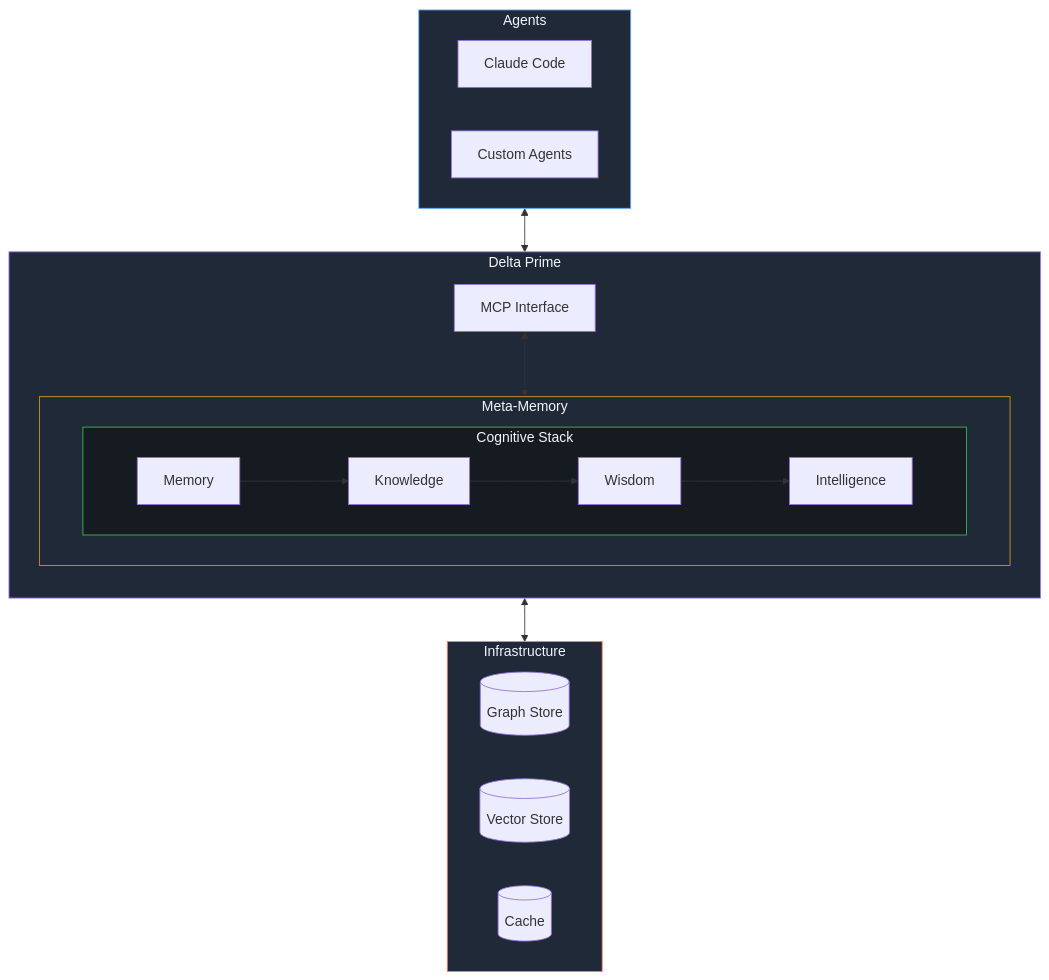
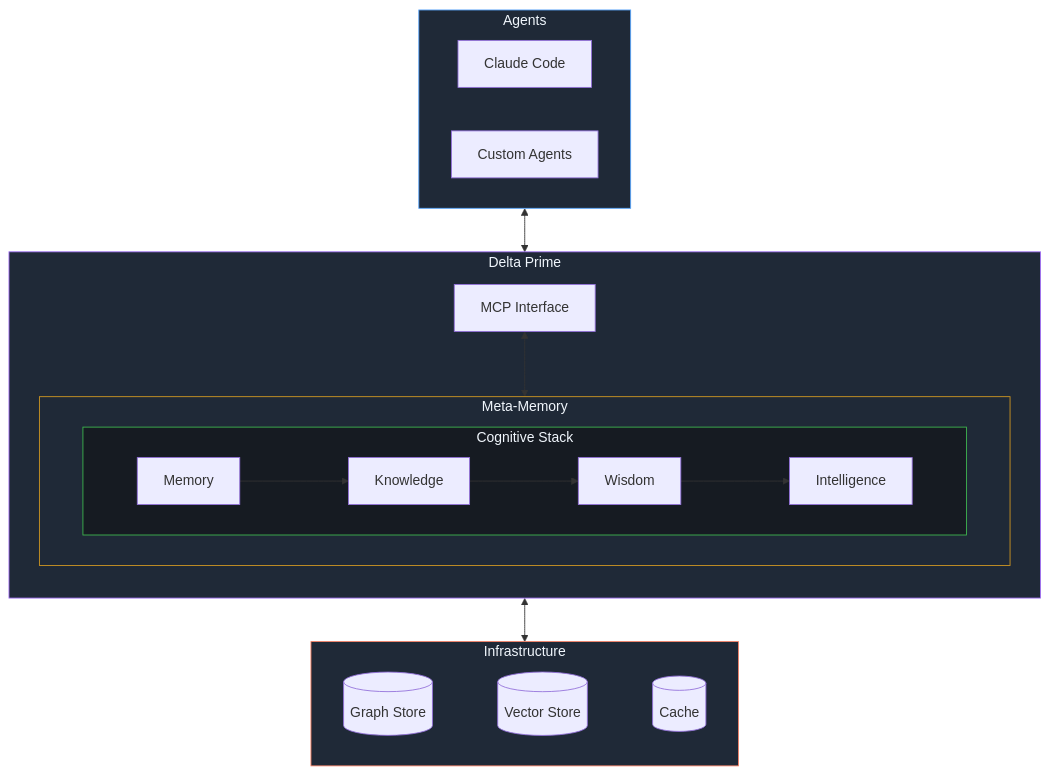
One commit to delta-prime/.github changed the sixth of 6 diagrams in profile/README.md. Above: the diagram before and after it, drawn with Mermaid.

Commit message:
docs: lay out Infrastructure subgraph horizontally
Adds invisible edges between Graph/Vector/Cache so Mermaid actually
honors direction LR (without edges it falls back to vertical stacking),
and pads the subgraph title to match the others.

````diff
--- a/profile/README.md
+++ b/profile/README.md
@@ -153,45 +153,43 @@
 ```mermaid
 flowchart TB
     subgraph AGENTS["Agents"]
         A1[Claude Code]
         A2[Custom Agents]
     end
 
     subgraph DELTA["Delta Prime"]
         direction TB
         
         subgraph META["&nbsp;&nbsp;Meta-Memory&nbsp;&nbsp;"]
             direction LR
             subgraph COGNITIVE["&nbsp;&nbsp;Cognitive Stack&nbsp;&nbsp;"]
                 direction LR
                 MEM[Memory]
                 KNOW[Knowledge]
                 WIS[Wisdom]
                 INTEL[Intelligence]
 
                 MEM --> KNOW
                 KNOW --> WIS
                 WIS --> INTEL
             end
         end
 
         API[MCP Interface]
     end
 
-    subgraph INFRA["Infrastructure"]
+    subgraph INFRA["&nbsp;&nbsp;Infrastructure&nbsp;&nbsp;"]
         direction LR
-        GR[(Graph Store)]
-        VE[(Vector Store)]
-        CA[(Cache)]
+        GR[(Graph Store)] ~~~ VE[(Vector Store)] ~~~ CA[(Cache)]
     end
 
     AGENTS <--> API
     API <--> META
     META <--> INFRA
     
     style AGENTS fill:#1f2937,stroke:#58a6ff,color:#f0f6fc
     style DELTA fill:#1f2937,stroke:#a371f7,color:#f0f6fc
     style META fill:#1f2937,stroke:#d29922,color:#f0f6fc
     style COGNITIVE fill:#161b22,stroke:#3fb950,color:#f0f6fc
     style INFRA fill:#1f2937,stroke:#f78166,color:#f0f6fc
 ```
````
